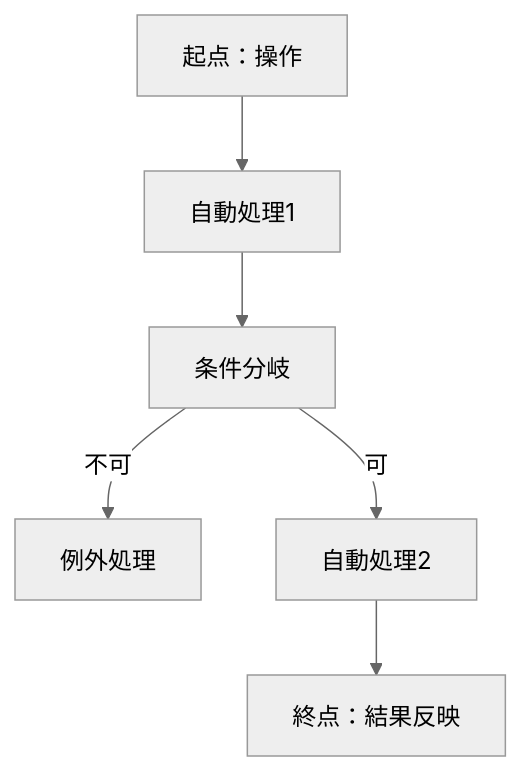
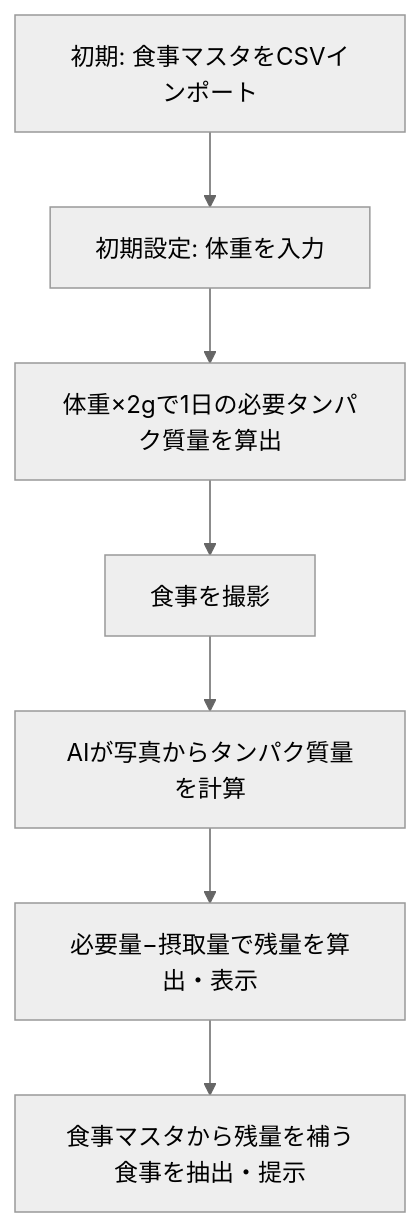
One commit to k-okada51/okada-fit changed the third of 3 diagrams in docs/01_要件定義/01_全体像/02_課題・解決・業務フロー.md. Above: the diagram before and after it, drawn with Mermaid (neutral theme). The commit also changed other lines of this file and 4 other files, not shown here.

````diff
--- a/docs/01_要件定義/01_全体像/02_課題・解決・業務フロー.md
+++ b/docs/01_要件定義/01_全体像/02_課題・解決・業務フロー.md
@@ -64,9 +107,10 @@
 ```mermaid
 flowchart TD
-  %% ここにTo-Be（導入後の自動フロー）を記載
-  A[起点：操作] --> B[自動処理1]
-  B --> C[条件分岐]
-  C -- 不可 --> X[例外処理]
-  C -- 可 --> D[自動処理2]
-  D --> E[終点：結果反映]
+  %% To-Be（栄養：食事撮影によるタンパク質トラッキング）
+  A[初期: 食事マスタをCSVインポート] --> B[初期設定: 体重を入力]
+  B --> C[体重×2gで1日の必要タンパク質量を算出]
+  C --> D[食事を撮影]
+  D --> E[AIが写真からタンパク質量を計算]
+  E --> F[必要量−摂取量で残量を算出・表示]
+  F --> G[食事マスタから残量を補う食事を抽出・提示]
 ```
````
